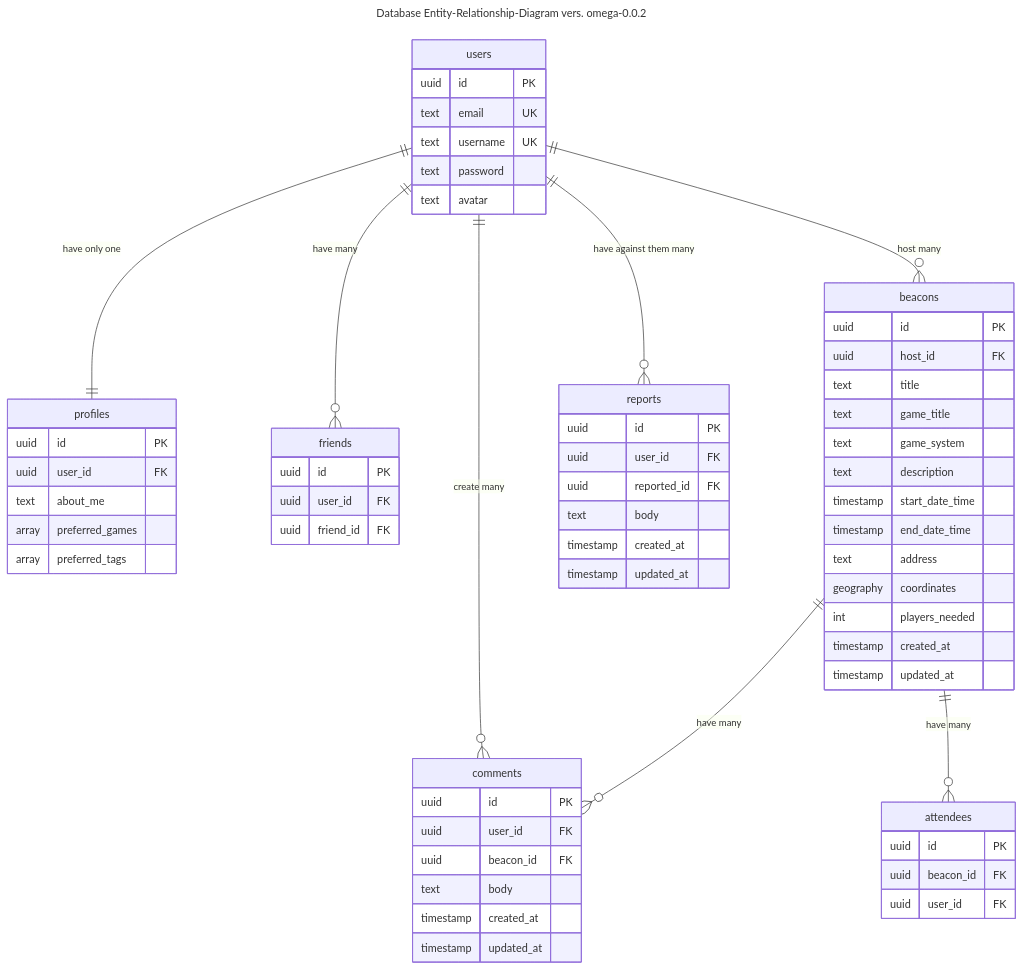
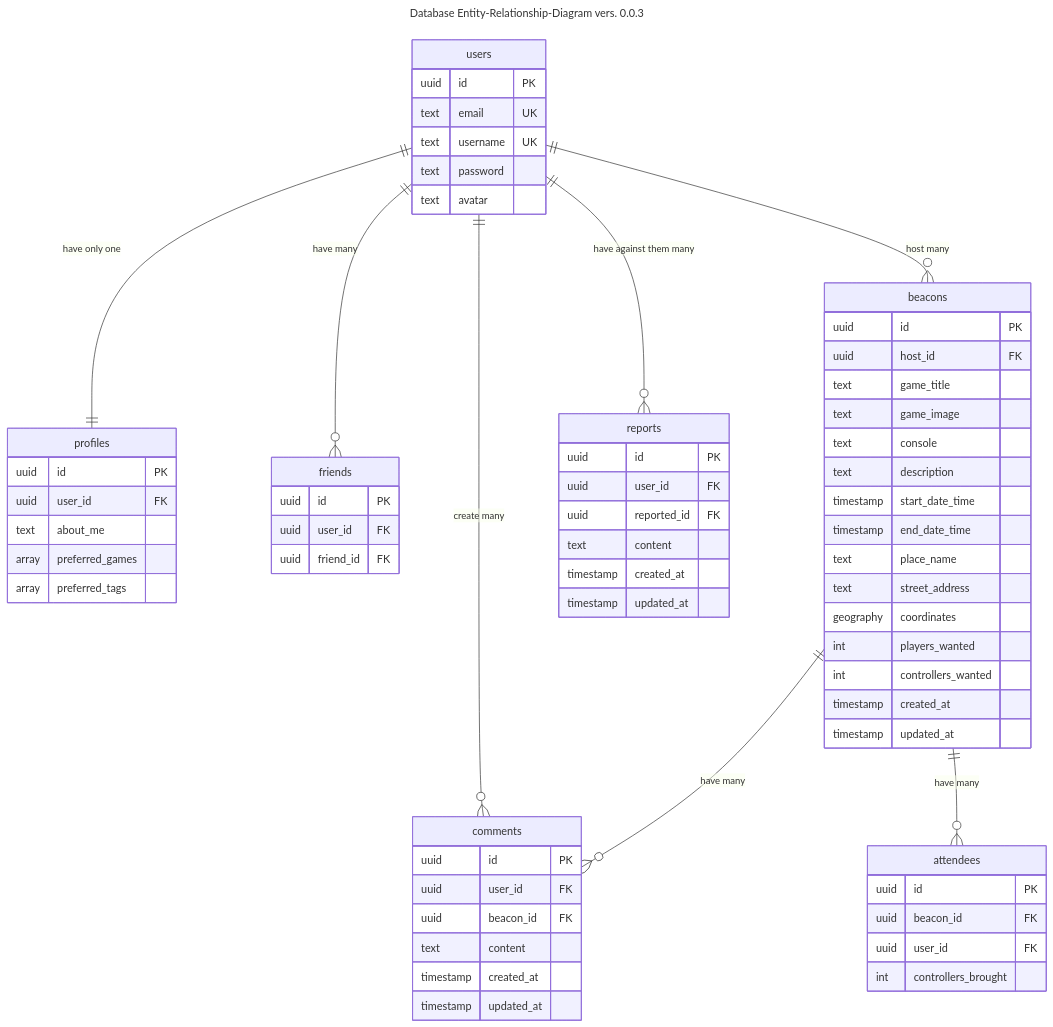
One commit to jenniferlieu/project-lomo-in-person-gaming-app changed the diagram in documentation/docs/system-architecture/erddiagrams.md. Above: the diagram before and after it, drawn with Mermaid. The commit also changed 19 other files, not shown here.

````diff
--- a/documentation/docs/system-architecture/erddiagrams.md
+++ b/documentation/docs/system-architecture/erddiagrams.md
@@ -8,74 +8,77 @@
 ```mermaid
 ---
-title: Database Entity-Relationship-Diagram vers. omega-0.0.2
+title: Database Entity-Relationship-Diagram vers. 0.0.3
 ---
 erDiagram
     users { 
         uuid id PK
         text email UK
         text username UK
         text password
         text avatar
     }
 
     users ||--|| profiles : "have only one"
     profiles {
         uuid id PK
         uuid user_id FK
         text about_me
         array preferred_games
         array preferred_tags
     }
 
     users ||--o{ friends : "have many"
     friends {
         uuid id PK
         uuid user_id FK
         uuid friend_id FK
     }
     
     users ||--o{ beacons : "host many"
     beacons {
         uuid id PK
         uuid host_id FK
-        text title
         text game_title
-        text game_system
+        text game_image
+        text console
         text description
         timestamp start_date_time
         timestamp end_date_time
-        text address
+        text place_name
+        text street_address
         geography coordinates
-        int players_needed
+        int players_wanted
+        int controllers_wanted
         timestamp created_at
         timestamp updated_at
     }
 
     users ||--o{ comments : "create many"
     beacons ||--o{ comments : "have many"
     comments {
         uuid id PK
         uuid user_id FK
         uuid beacon_id FK
-        text body
+        text content
         timestamp created_at
         timestamp updated_at
     }
 
     beacons ||--o{ attendees : "have many"
     attendees {
         uuid id PK
         uuid beacon_id FK
         uuid user_id FK
+        int controllers_brought
     }
 
     users ||--o{ reports : "have against them many"
     reports {
         uuid id PK
         uuid user_id FK
         uuid reported_id FK
-        text body
+        text content
         timestamp created_at
         timestamp updated_at
     }
 ```
````
